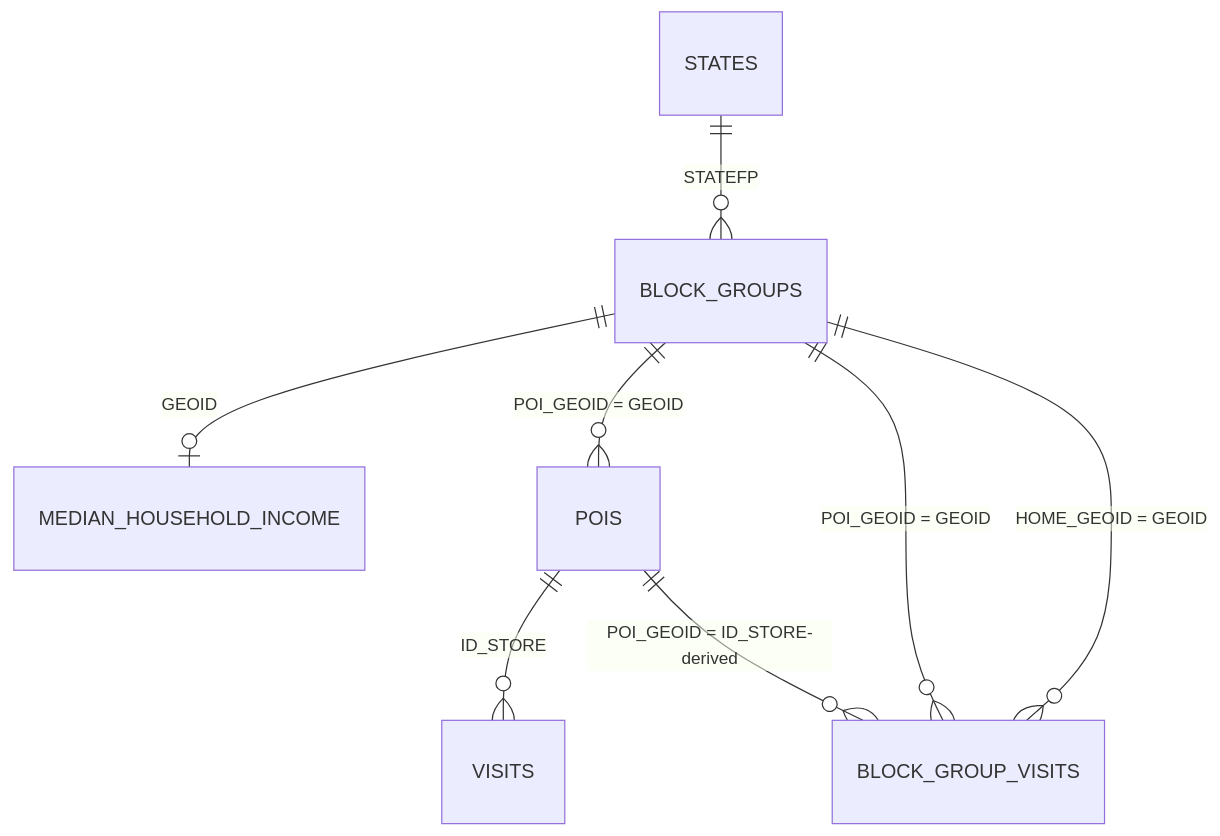
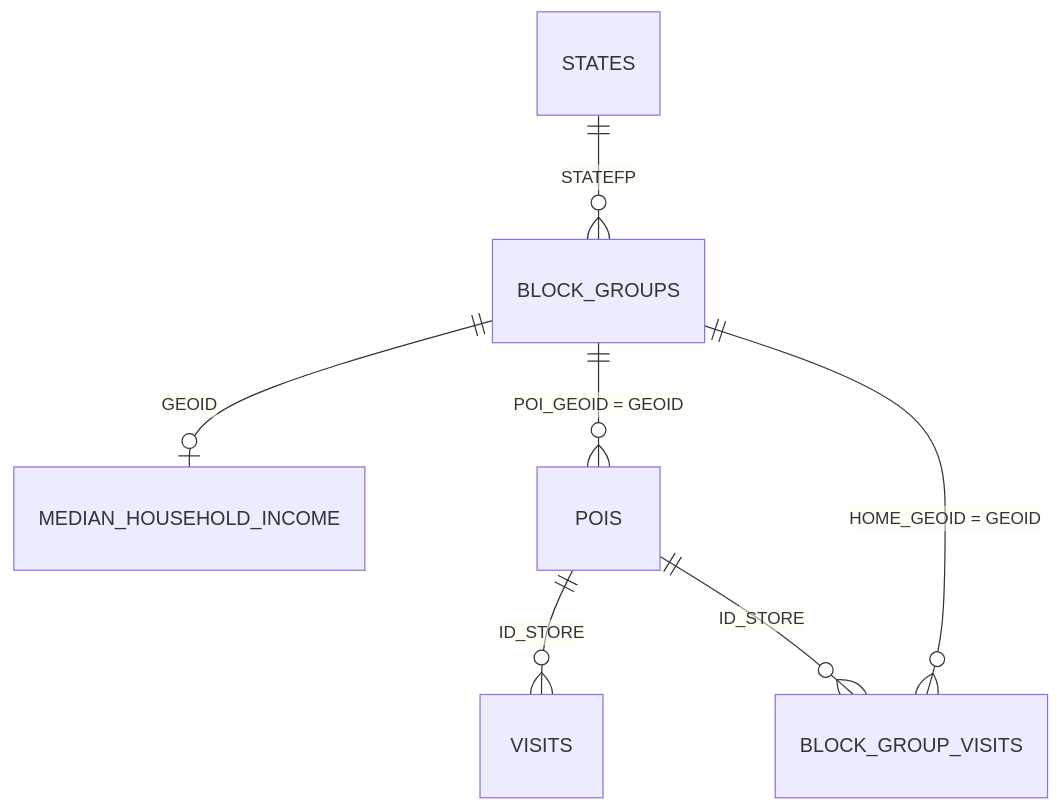
One commit to marcus-friis/weekly-patterns-plus-exploration changed the diagram in sql/README.md. Above: the diagram before and after it, drawn with Mermaid. The commit also changed other lines of this file, not shown here.

````diff
--- a/sql/README.md
+++ b/sql/README.md
@@ -17,10 +17,9 @@
 ```mermaid
 erDiagram
     STATES ||--o{ BLOCK_GROUPS : "STATEFP"
     BLOCK_GROUPS ||--o| MEDIAN_HOUSEHOLD_INCOME : "GEOID"
     BLOCK_GROUPS ||--o{ POIS : "POI_GEOID = GEOID"
     POIS ||--o{ VISITS : "ID_STORE"
-    POIS ||--o{ BLOCK_GROUP_VISITS : "POI_GEOID = ID_STORE-derived"
-    BLOCK_GROUPS ||--o{ BLOCK_GROUP_VISITS : "POI_GEOID = GEOID"
+    POIS ||--o{ BLOCK_GROUP_VISITS : "ID_STORE"
     BLOCK_GROUPS ||--o{ BLOCK_GROUP_VISITS : "HOME_GEOID = GEOID"
 ```
````
